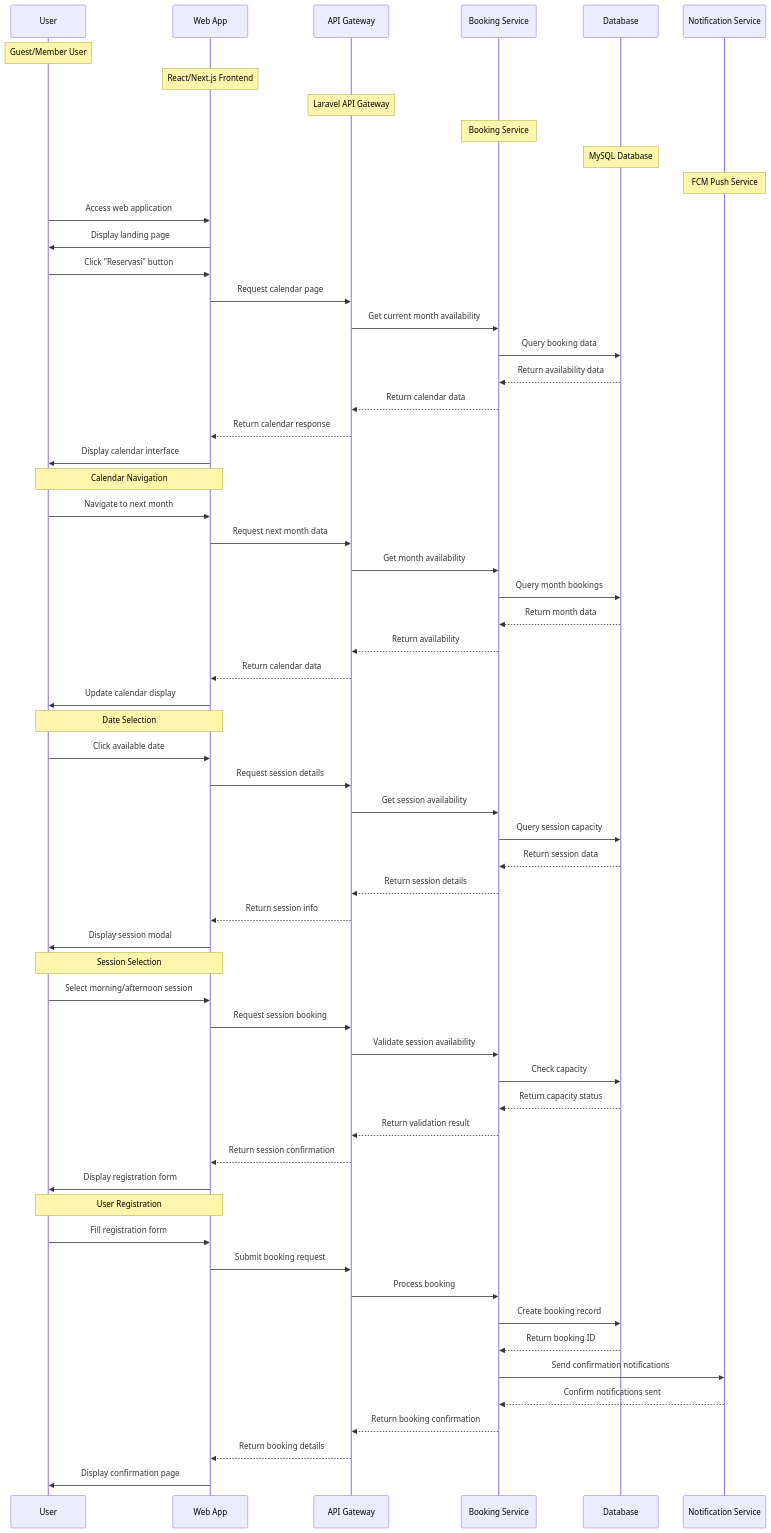
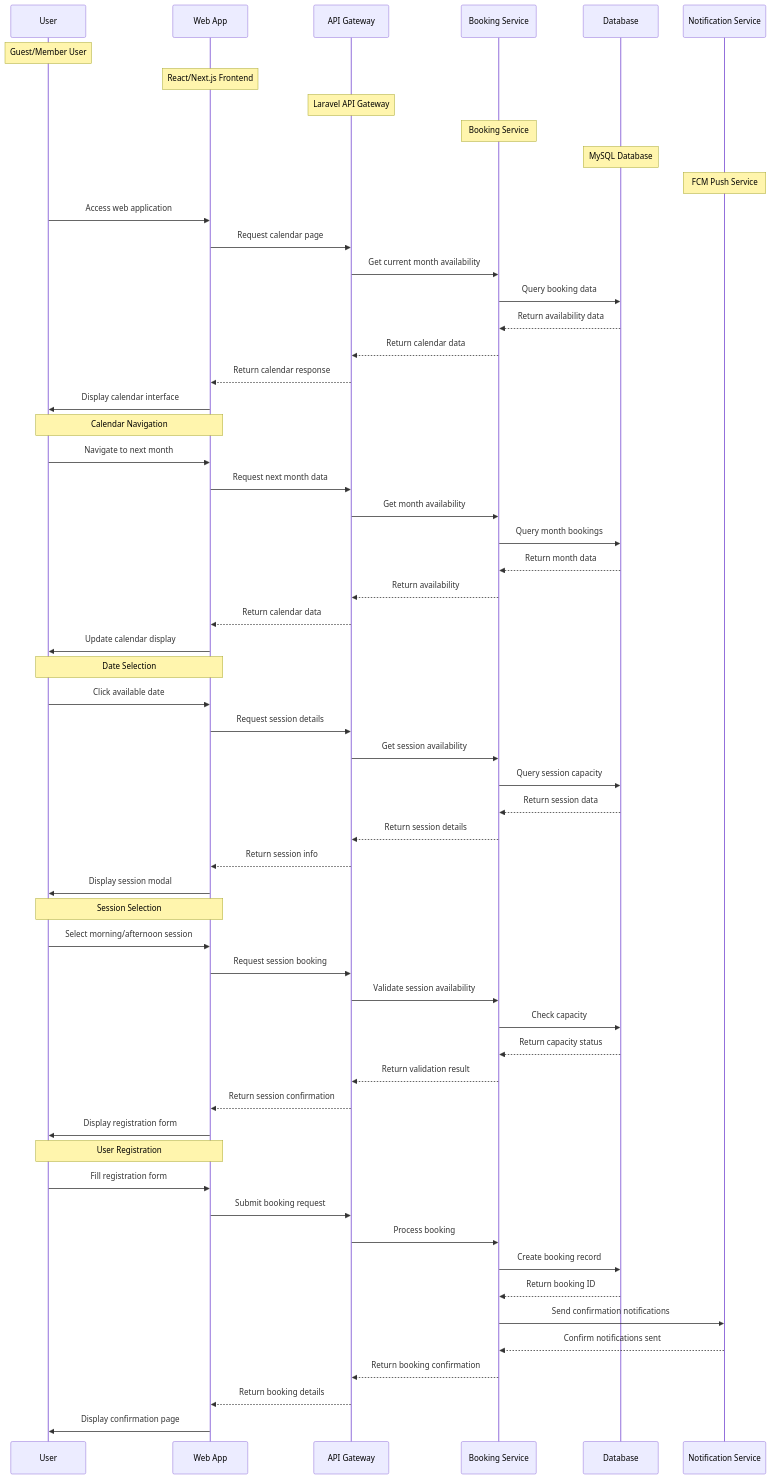
Before and after one commit to BlackCoffeee/raujan_pool: the fifth of 15 diagrams in Planing/06-uml-diagrams.md, drawn with Mermaid. The commit also changed other lines of this file, not shown here.

Commit message:
Update UML diagrams to implement custom styling for connection lines and activity nodes, improving visual representation and clarity in the diagrams.

````diff
--- a/Planing/06-uml-diagrams.md
+++ b/Planing/06-uml-diagrams.md
@@ -441,69 +454,67 @@
 ```mermaid
 sequenceDiagram
     participant U as User
     participant W as Web App
     participant A as API Gateway
     participant B as Booking Service
     participant D as Database
     participant N as Notification Service
 
     Note over U: Guest/Member User
     Note over W: React/Next.js Frontend
     Note over A: Laravel API Gateway
     Note over B: Booking Service
     Note over D: MySQL Database
     Note over N: FCM Push Service
 
     U->>W: Access web application
-    W->>U: Display landing page
-    U->>W: Click "Reservasi" button
     W->>A: Request calendar page
     A->>B: Get current month availability
     B->>D: Query booking data
     D-->>B: Return availability data
     B-->>A: Return calendar data
     A-->>W: Return calendar response
     W->>U: Display calendar interface
 
     Note over U,W: Calendar Navigation
     U->>W: Navigate to next month
     W->>A: Request next month data
     A->>B: Get month availability
     B->>D: Query month bookings
     D-->>B: Return month data
     B-->>A: Return availability
     A-->>W: Return calendar data
     W->>U: Update calendar display
 
     Note over U,W: Date Selection
     U->>W: Click available date
     W->>A: Request session details
     A->>B: Get session availability
     B->>D: Query session capacity
     D-->>B: Return session data
     B-->>A: Return session details
     A-->>W: Return session info
     W->>U: Display session modal
 
     Note over U,W: Session Selection
     U->>W: Select morning/afternoon session
     W->>A: Request session booking
     A->>B: Validate session availability
     B->>D: Check capacity
     D-->>B: Return capacity status
     B-->>A: Return validation result
     A-->>W: Return session confirmation
     W->>U: Display registration form
 
     Note over U,W: User Registration
     U->>W: Fill registration form
     W->>A: Submit booking request
     A->>B: Process booking
     B->>D: Create booking record
     D-->>B: Return booking ID
     B->>N: Send confirmation notifications
     N-->>B: Confirm notifications sent
     B-->>A: Return booking confirmation
     A-->>W: Return booking details
     W->>U: Display confirmation page
 ```
````
